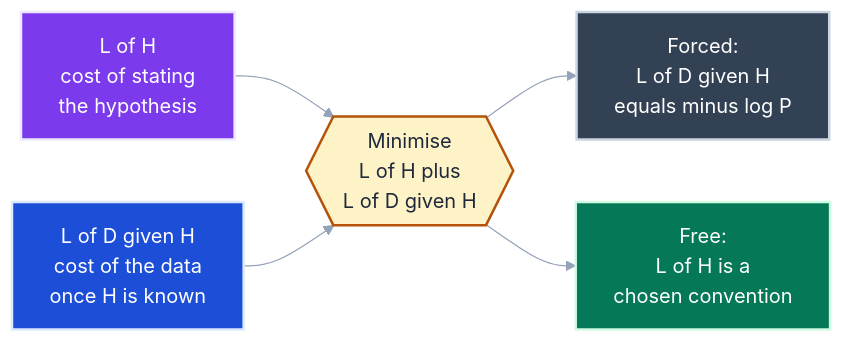
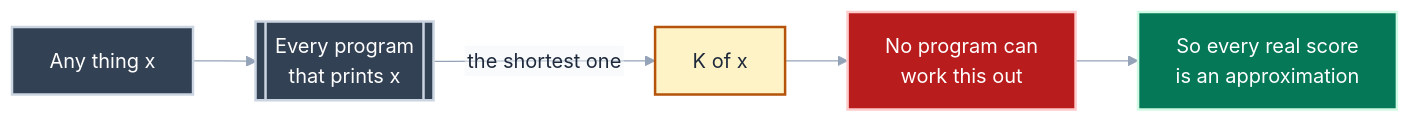
One commit to neozenith/pytest-xharness-eval changed the third of 6 diagrams in docs/plans/maintainability/description-length.md. Above: the diagram before and after it, drawn with Mermaid. The commit also changed other lines of this file and 5 other files, not shown here.

````diff
--- a/docs/plans/maintainability/description-length.md
+++ b/docs/plans/maintainability/description-length.md
@@ -77,15 +217,15 @@
 ```mermaid
 %%{init: {"theme":"base","flowchart":{"htmlLabels":false},"themeVariables":{"primaryTextColor":"#1e293b","textColor":"#1e293b","lineColor":"#94a3b8","edgeLabelBackground":"#f1f5f9"}}}%%
 flowchart LR
-    H["L of H<br/>cost of stating<br/>the hypothesis"]:::model --> S{{"Minimise<br/>L of H plus<br/>L of D given H"}}:::total
-    E["L of D given H<br/>cost of the data<br/>once H is known"]:::residual --> S
-    S --> C1["Forced:<br/>L of D given H<br/>equals minus log P"]:::formal
-    S --> C2["Free:<br/>L of H is a<br/>chosen convention"]:::code
+    X["Any thing x"]:::formal --> P[["Every program<br/>that prints x"]]:::formal
+    P -->|"the shortest one"| K["K of x"]:::total
+    K --> U["No program can<br/>work this out"]:::warning
+    U --> A["So every real score<br/>is an approximation"]:::good
 
-    classDef model fill:#7c3aed,stroke:#ede9fe,color:#ffffff,stroke-width:2px
-    classDef residual fill:#1d4ed8,stroke:#dbeafe,color:#ffffff,stroke-width:2px
+    classDef rule fill:#7c3aed,stroke:#ede9fe,color:#ffffff,stroke-width:2px
+    classDef leftover fill:#1d4ed8,stroke:#dbeafe,color:#ffffff,stroke-width:2px
     classDef total fill:#fef3c7,stroke:#b45309,color:#1e293b,stroke-width:2px
     classDef formal fill:#334155,stroke:#cbd5e1,color:#ffffff,stroke-width:2px
-    classDef code fill:#047857,stroke:#d1fae5,color:#ffffff,stroke-width:2px
+    classDef good fill:#047857,stroke:#d1fae5,color:#ffffff,stroke-width:2px
     classDef warning fill:#b91c1c,stroke:#fecaca,color:#ffffff,stroke-width:2px
 ```
````
